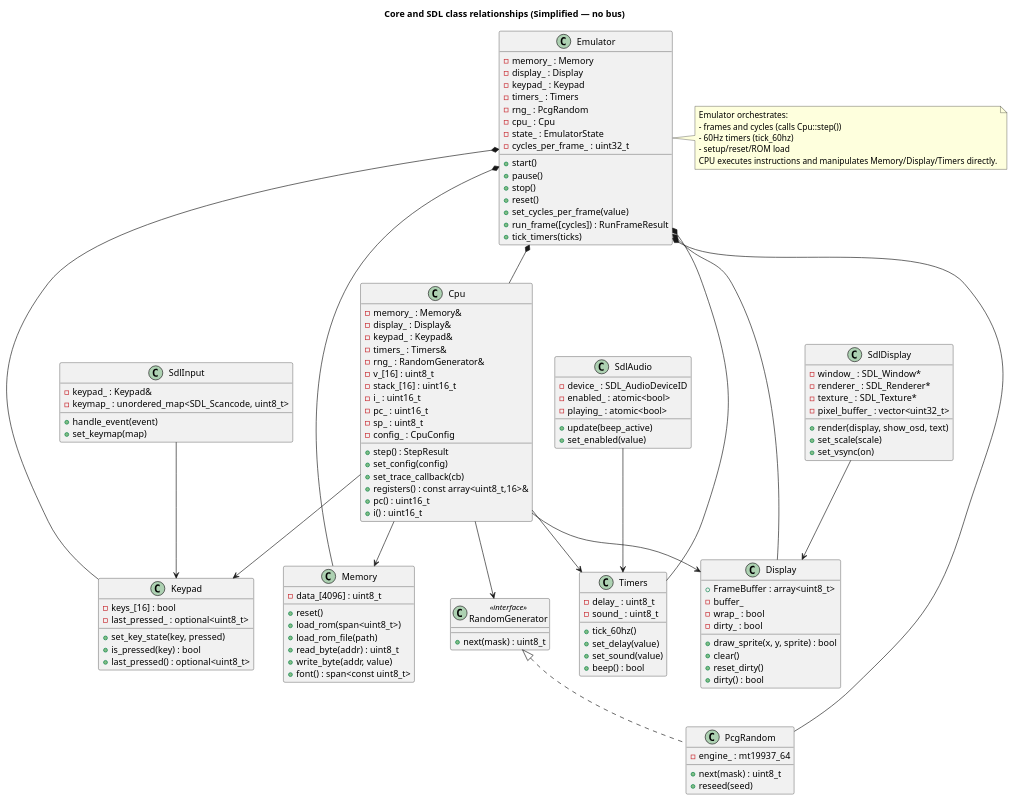
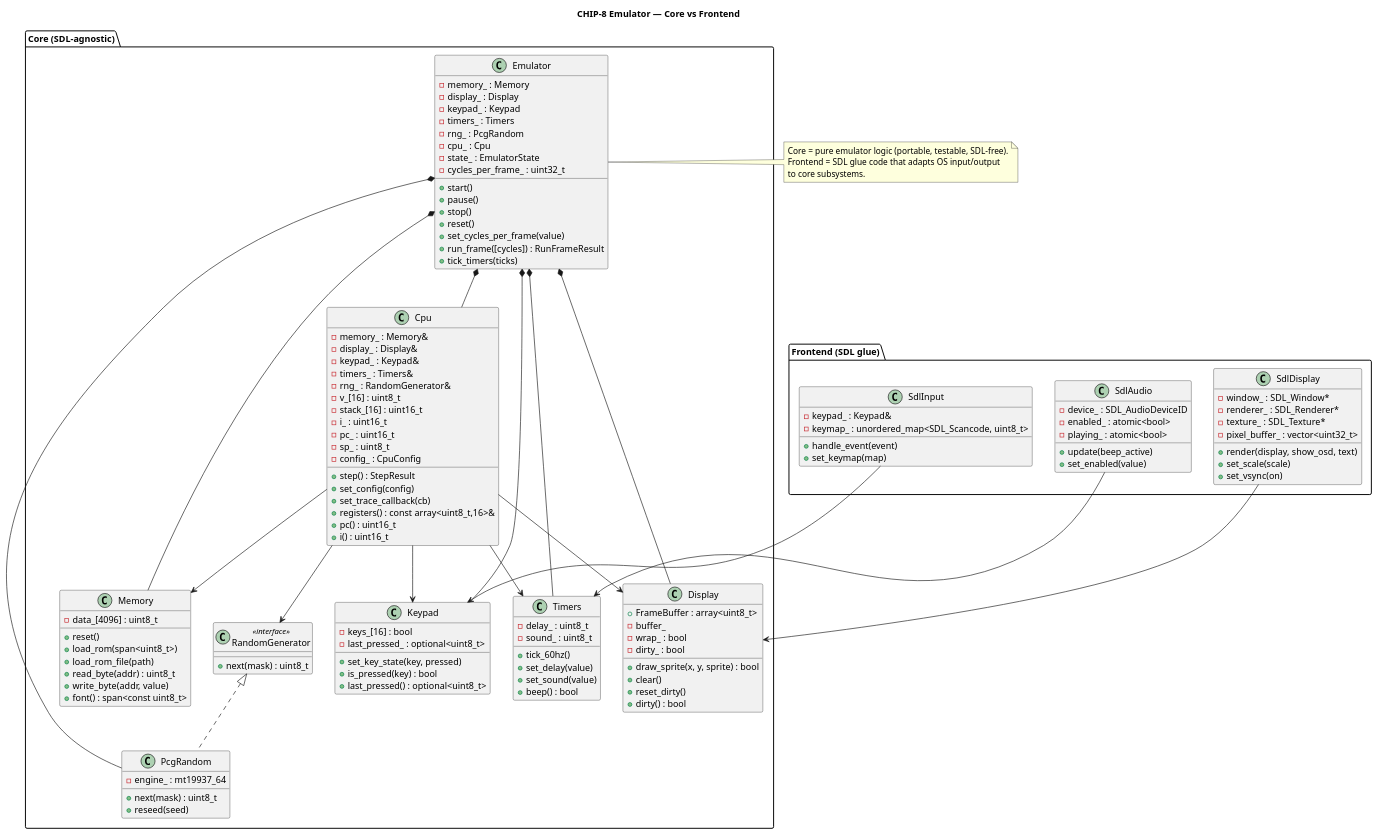
The diagram in docs/class_diagram.puml (mrezabayat/chip8-emulator-cpp), drawn with PlantUML before and after one commit. The commit also changed 4 other files, not shown here.

```diff
--- a/docs/class_diagram.puml
+++ b/docs/class_diagram.puml
@@ -1,142 +1,145 @@
 @startuml
-title Core and SDL class relationships (Simplified — no bus)
+title CHIP-8 Emulator — Core vs Frontend
 
-class Memory {
-  - data_[4096] : uint8_t
-  + reset()
-  + load_rom(span<uint8_t>)
-  + load_rom_file(path)
-  + read_byte(addr) : uint8_t
-  + write_byte(addr, value)
-  + font() : span<const uint8_t>
+package "Core (SDL-agnostic)" {
+  class Memory {
+    - data_[4096] : uint8_t
+    + reset()
+    + load_rom(span<uint8_t>)
+    + load_rom_file(path)
+    + read_byte(addr) : uint8_t
+    + write_byte(addr, value)
+    + font() : span<const uint8_t>
+  }
+
+  class Display {
+    + FrameBuffer : array<uint8_t>
+    - buffer_
+    - wrap_ : bool
+    - dirty_ : bool
+    + draw_sprite(x, y, sprite) : bool
+    + clear()
+    + reset_dirty()
+    + dirty() : bool
+  }
+
+  class Keypad {
+    - keys_[16] : bool
+    - last_pressed_ : optional<uint8_t>
+    + set_key_state(key, pressed)
+    + is_pressed(key) : bool
+    + last_pressed() : optional<uint8_t>
+  }
+
+  class Timers {
+    - delay_ : uint8_t
+    - sound_ : uint8_t
+    + tick_60hz()
+    + set_delay(value)
+    + set_sound(value)
+    + beep() : bool
+  }
+
+  class RandomGenerator <<interface>> {
+    + next(mask) : uint8_t
+  }
+
+  class PcgRandom {
+    - engine_ : mt19937_64
+    + next(mask) : uint8_t
+    + reseed(seed)
+  }
+  RandomGenerator <|.. PcgRandom
+
+  class Cpu {
+    - memory_ : Memory&
+    - display_ : Display&
+    - keypad_ : Keypad&
+    - timers_ : Timers&
+    - rng_ : RandomGenerator&
+    - v_[16] : uint8_t
+    - stack_[16] : uint16_t
+    - i_ : uint16_t
+    - pc_ : uint16_t
+    - sp_ : uint8_t
+    - config_ : CpuConfig
+    + step() : StepResult
+    + set_config(config)
+    + set_trace_callback(cb)
+    + registers() : const array<uint8_t,16>&
+    + pc() : uint16_t
+    + i() : uint16_t
+  }
+
+  class Emulator {
+    - memory_ : Memory
+    - display_ : Display
+    - keypad_ : Keypad
+    - timers_ : Timers
+    - rng_ : PcgRandom
+    - cpu_ : Cpu
+    - state_ : EmulatorState
+    - cycles_per_frame_ : uint32_t
+    + start()
+    + pause()
+    + stop()
+    + reset()
+    + set_cycles_per_frame(value)
+    + run_frame([cycles]) : RunFrameResult
+    + tick_timers(ticks)
+  }
+
+  ' CPU directly uses core subsystems:
+  Cpu --> Memory
+  Cpu --> Display
+  Cpu --> Keypad
+  Cpu --> Timers
+  Cpu --> RandomGenerator
+
+  ' Emulator owns the subsystems and CPU:
+  Emulator *-- Memory
+  Emulator *-- Display
+  Emulator *-- Keypad
+  Emulator *-- Timers
+  Emulator *-- PcgRandom
+  Emulator *-- Cpu
 }
 
-class Display {
-  + FrameBuffer : array<uint8_t>
-  - buffer_
-  - wrap_ : bool
-  - dirty_ : bool
-  + draw_sprite(x, y, sprite) : bool
-  + clear()
-  + reset_dirty()
-  + dirty() : bool
+package "Frontend (SDL glue)" {
+  class SdlDisplay {
+    - window_ : SDL_Window*
+    - renderer_ : SDL_Renderer*
+    - texture_ : SDL_Texture*
+    - pixel_buffer_ : vector<uint32_t>
+    + render(display, show_osd, text)
+    + set_scale(scale)
+    + set_vsync(on)
+  }
+
+  class SdlInput {
+    - keypad_ : Keypad&
+    - keymap_ : unordered_map<SDL_Scancode, uint8_t>
+    + handle_event(event)
+    + set_keymap(map)
+  }
+
+  class SdlAudio {
+    - device_ : SDL_AudioDeviceID
+    - enabled_ : atomic<bool>
+    - playing_ : atomic<bool>
+    + update(beep_active)
+    + set_enabled(value)
+  }
+
+  ' Frontend integrates with Core
+  SdlDisplay --> Display
+  SdlInput --> Keypad
+  SdlAudio --> Timers
 }
 
-class Keypad {
-  - keys_[16] : bool
-  - last_pressed_ : optional<uint8_t>
-  + set_key_state(key, pressed)
-  + is_pressed(key) : bool
-  + last_pressed() : optional<uint8_t>
-}
-
-class Timers {
-  - delay_ : uint8_t
-  - sound_ : uint8_t
-  + tick_60hz()
-  + set_delay(value)
-  + set_sound(value)
-  + beep() : bool
-}
-
-class RandomGenerator <<interface>> {
-  + next(mask) : uint8_t
-}
-
-class PcgRandom {
-  - engine_ : mt19937_64
-  + next(mask) : uint8_t
-  + reseed(seed)
-}
-RandomGenerator <|.. PcgRandom
-
-class Cpu {
-  - memory_ : Memory&
-  - display_ : Display&
-  - keypad_ : Keypad&
-  - timers_ : Timers&
-  - rng_ : RandomGenerator&
-  - v_[16] : uint8_t
-  - stack_[16] : uint16_t
-  - i_ : uint16_t
-  - pc_ : uint16_t
-  - sp_ : uint8_t
-  - config_ : CpuConfig
-  + step() : StepResult
-  + set_config(config)
-  + set_trace_callback(cb)
-  + registers() : const array<uint8_t,16>&
-  + pc() : uint16_t
-  + i() : uint16_t
-}
-
-class Emulator {
-  - memory_ : Memory
-  - display_ : Display
-  - keypad_ : Keypad
-  - timers_ : Timers
-  - rng_ : PcgRandom
-  - cpu_ : Cpu
-  - state_ : EmulatorState
-  - cycles_per_frame_ : uint32_t
-  + start()
-  + pause()
-  + stop()
-  + reset()
-  + set_cycles_per_frame(value)
-  + run_frame([cycles]) : RunFrameResult
-  + tick_timers(ticks)
-}
-
-' CPU directly uses core subsystems:
-Cpu --> Memory
-Cpu --> Display
-Cpu --> Keypad
-Cpu --> Timers
-Cpu --> RandomGenerator
-
-' Emulator owns the subsystems and CPU:
-Emulator *-- Memory
-Emulator *-- Display
-Emulator *-- Keypad
-Emulator *-- Timers
-Emulator *-- PcgRandom
-Emulator *-- Cpu
-
-class SdlDisplay {
-  - window_ : SDL_Window*
-  - renderer_ : SDL_Renderer*
-  - texture_ : SDL_Texture*
-  - pixel_buffer_ : vector<uint32_t>
-  + render(display, show_osd, text)
-  + set_scale(scale)
-  + set_vsync(on)
-}
-
-class SdlInput {
-  - keypad_ : Keypad&
-  - keymap_ : unordered_map<SDL_Scancode, uint8_t>
-  + handle_event(event)
-  + set_keymap(map)
-}
-
-class SdlAudio {
-  - device_ : SDL_AudioDeviceID
-  - enabled_ : atomic<bool>
-  - playing_ : atomic<bool>
-  + update(beep_active)
-  + set_enabled(value)
-}
-
-SdlDisplay --> Display
-SdlInput --> Keypad
-SdlAudio --> Timers
-
 note right of Emulator
-Emulator orchestrates:
-- frames and cycles (calls Cpu::step())
-- 60Hz timers (tick_60hz)
-- setup/reset/ROM load
-CPU executes instructions and manipulates Memory/Display/Timers directly.
+Core = pure emulator logic (portable, testable, SDL-free).
+Frontend = SDL glue code that adapts OS input/output
+to core subsystems.
 end note
 @enduml
```
